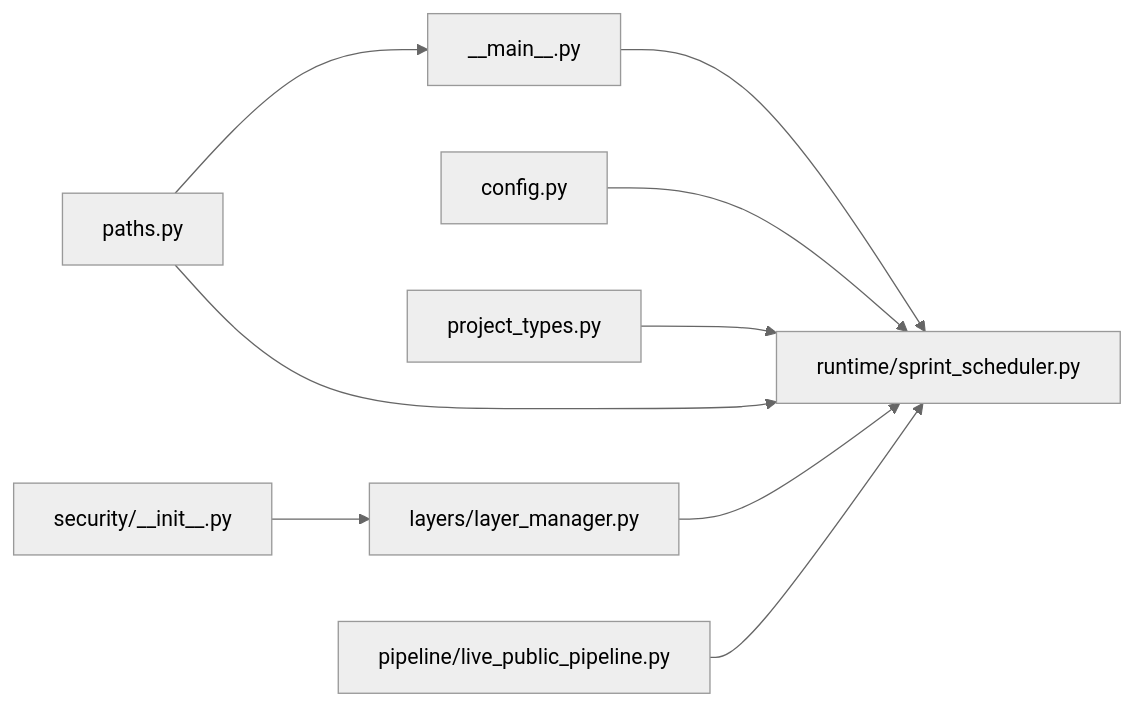
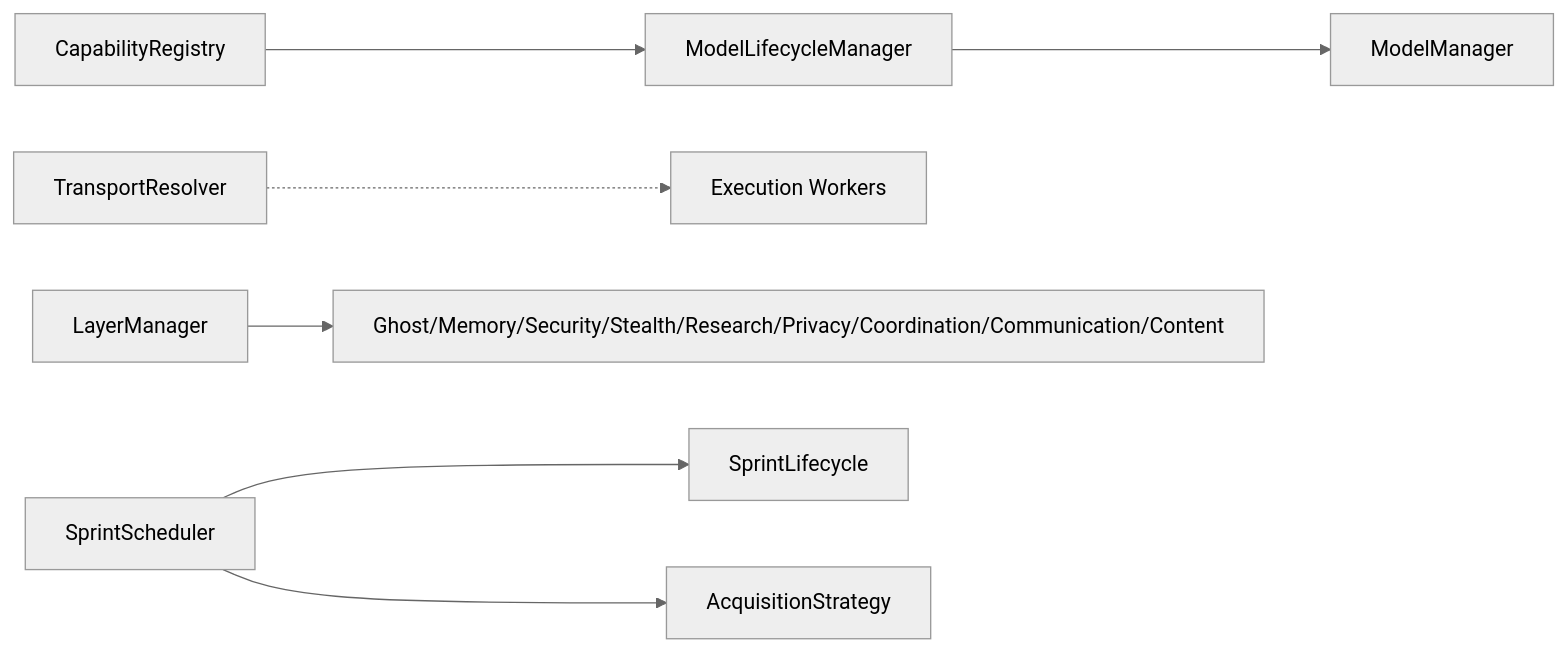
The tenth of 10 diagrams in .qoder/repowiki/en/content/Project Overview/Project Overview.md (Hamulda/hledac-universal), drawn with Mermaid (neutral theme) before and after one commit. The commit also changed other lines of this file and 236 other files, not shown here.

Commit message:
feat: F234 prelive gate, acquisition strategy and sprint scheduler improvements

````diff
--- a/.qoder/repowiki/en/content/Project Overview/Project Overview.md
+++ b/.qoder/repowiki/en/content/Project Overview/Project Overview.md
@@ -394,11 +444,9 @@
 ```mermaid
 graph LR
-MAIN["__main__.py"] --> SCHED["runtime/sprint_scheduler.py"]
-CFG["config.py"] --> SCHED
-TYPES["project_types.py"] --> SCHED
-PATHS["paths.py"] --> MAIN
-PATHS --> SCHED
-LMAN["layers/layer_manager.py"] --> SCHED
-PUBPIPE["pipeline/live_public_pipeline.py"] --> SCHED
-SECINIT["security/__init__.py"] --> LMAN
+CAPREG["CapabilityRegistry"] --> CAPMGR["ModelLifecycleManager"]
+CAPMGR --> MMMGR["ModelManager"]
+TRSLV["TransportResolver"] -.-> EXEC["Execution Workers"]
+LMAN["LayerManager"] --> LAYERS["Ghost/Memory/Security/Stealth/Research/Privacy/Coordination/Communication/Content"]
+SCH["SprintScheduler"] --> LIFE["SprintLifecycle"]
+SCH --> ACQ["AcquisitionStrategy"]
 ```
````
